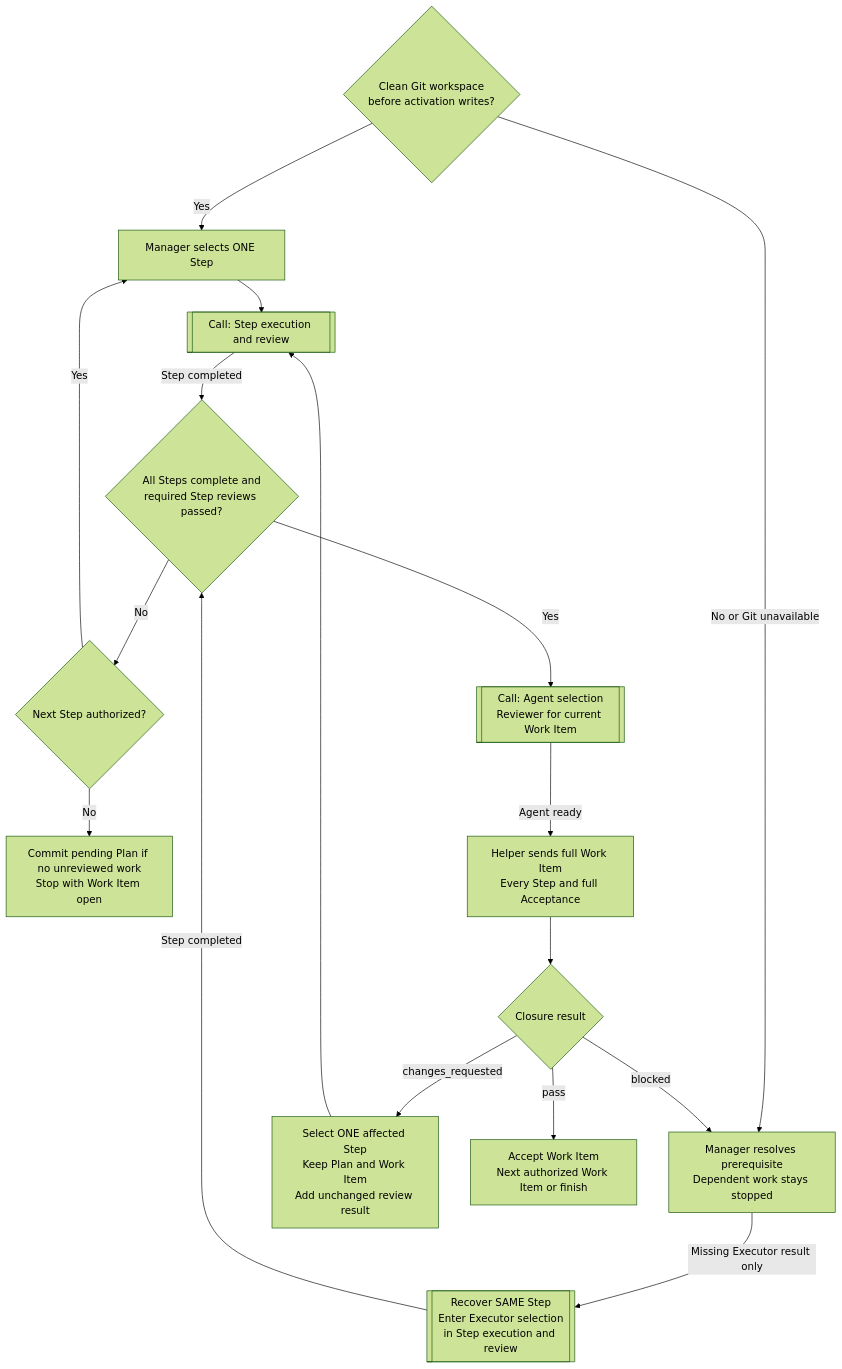
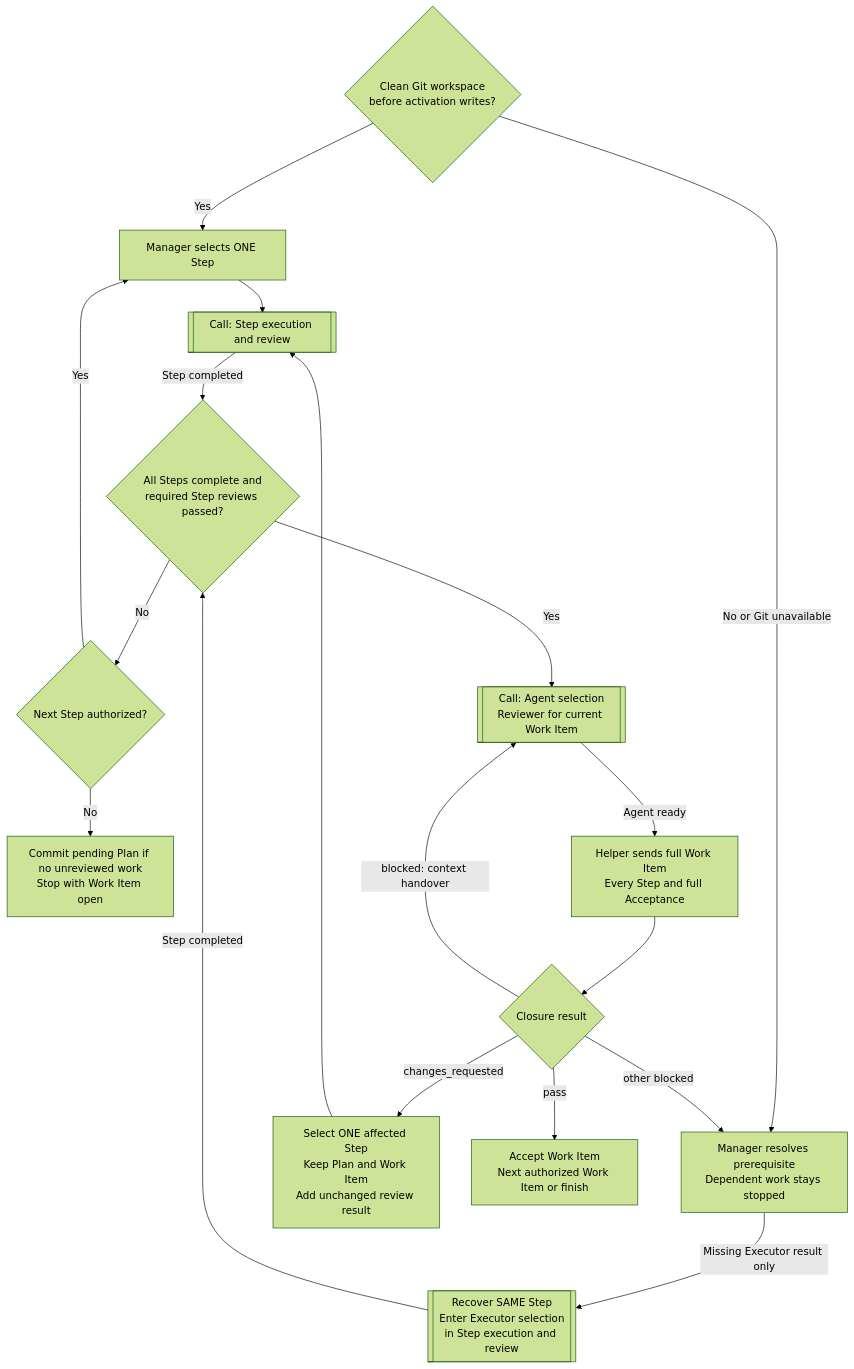
Before and after one commit to benjaminstelzer/scoville-suite-for-codex: the first of 4 diagrams in README.md, drawn with Mermaid (forest theme). The commit also changed other lines of this file and 23 other files, not shown here.

````diff
--- a/README.md
+++ b/README.md
@@ -55,19 +56,20 @@
 ```mermaid
 flowchart TD
     G{"Clean Git workspace<br/>before activation writes?"} -->|Yes| S["Manager selects ONE Step"]
     G -->|No or Git unavailable| BP["Manager resolves prerequisite<br/>Dependent work stays stopped"]
     BP -->|Missing Executor result only| REC[["Recover SAME Step<br/>Enter Executor selection<br/>in Step execution and review"]]
     REC -->|Step completed| N
     S --> T[["Call: Step execution and review"]]
     T -->|Step completed| N{"All Steps complete and<br/>required Step reviews passed?"}
     N -->|No| NA{"Next Step authorized?"}
     NA -->|Yes| S
     NA -->|No| STOP["Commit pending Plan if no unreviewed work<br/>Stop with Work Item open"]
     N -->|Yes| C[["Call: Agent selection<br/>Reviewer for current Work Item"]]
     C -->|Agent ready| H["Helper sends full Work Item<br/>Every Step and full Acceptance"]
     H --> P{"Closure result"}
-    P -->|blocked| BP
+    P -->|blocked: context handover| C
+    P -->|other blocked| BP
     P -->|changes_requested| K["Select ONE affected Step<br/>Keep Plan and Work Item<br/>Add unchanged review result"]
     K --> T
     P -->|pass| D["Accept Work Item<br/>Next authorized Work Item or finish"]
 ```
````
